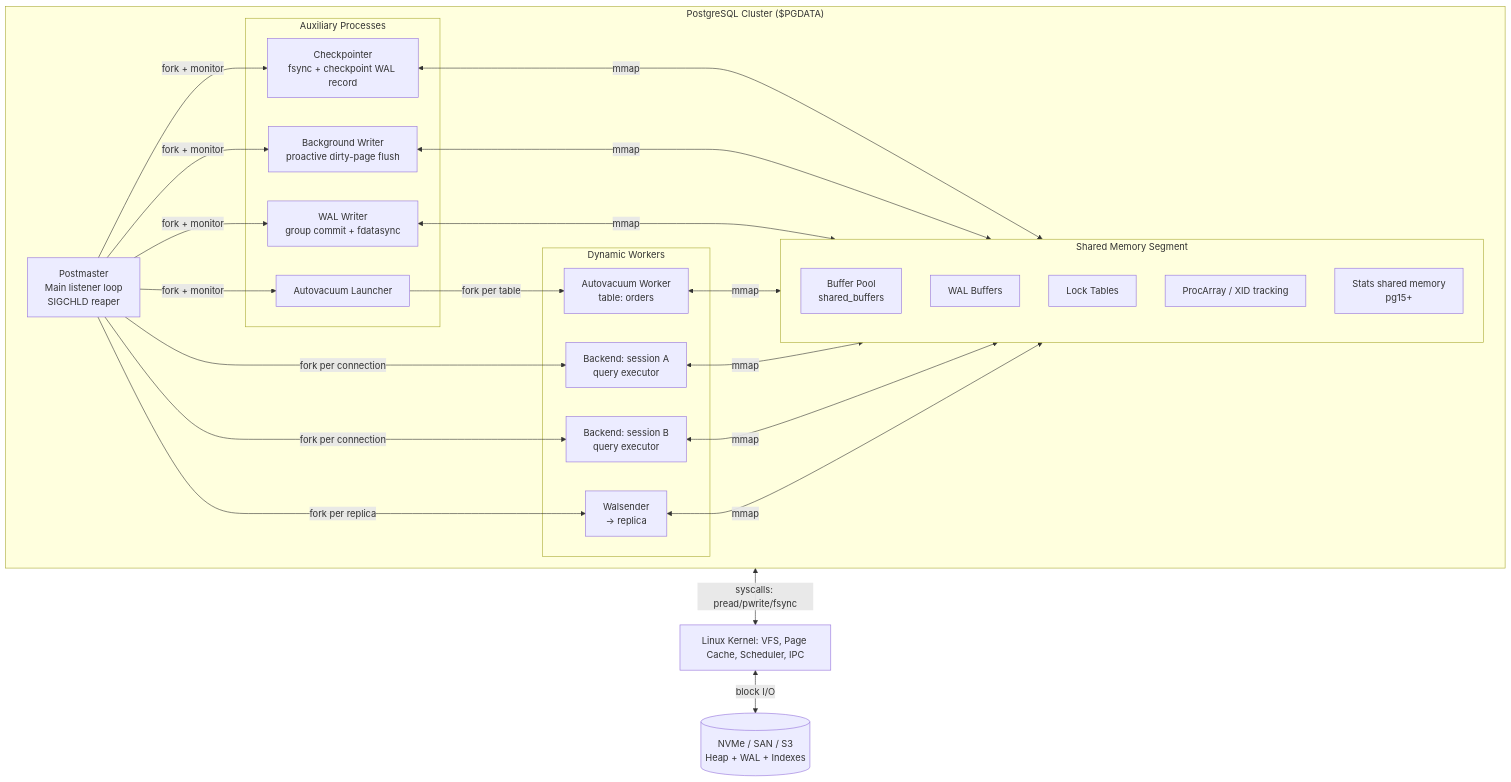
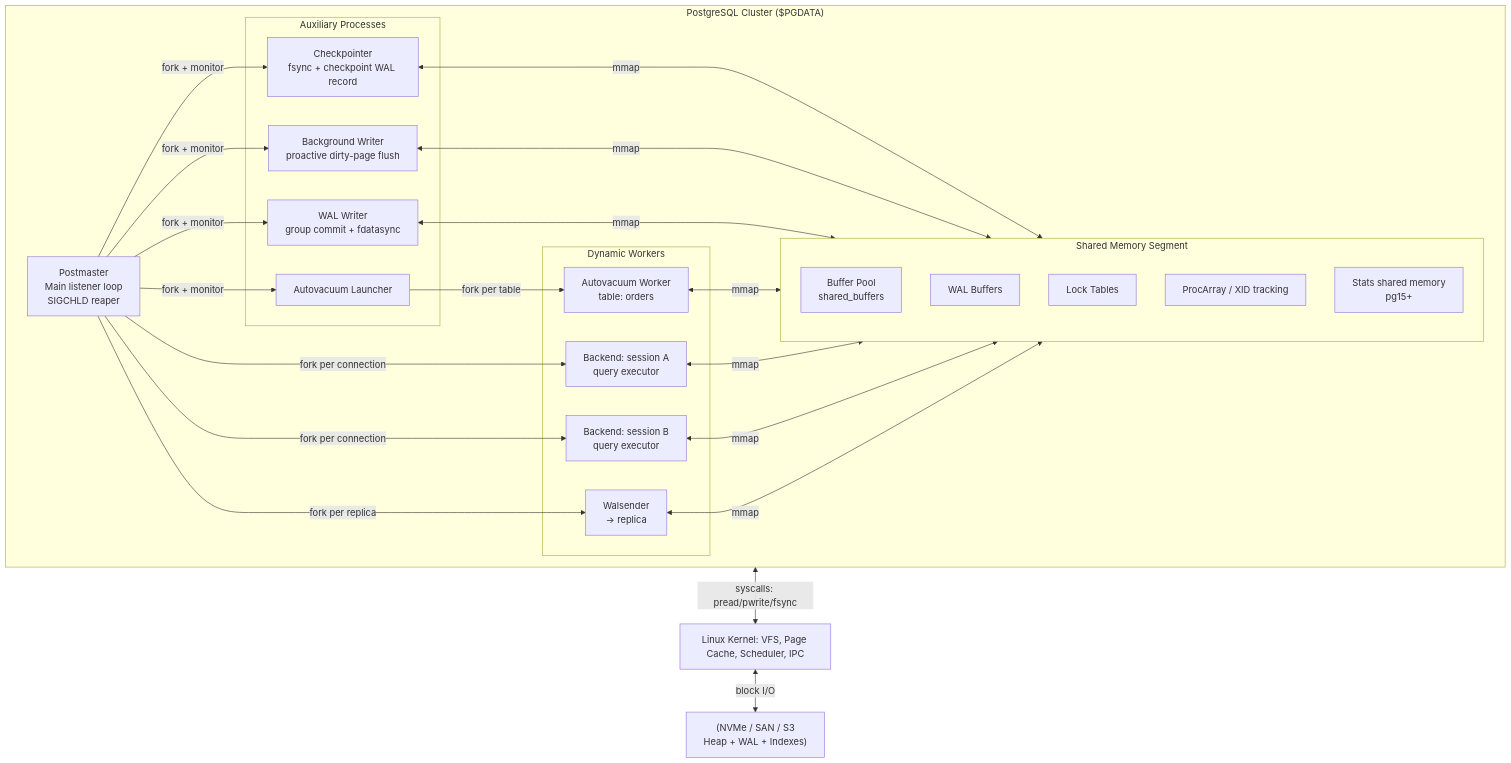
The ninth of 9 diagrams in topics/computing/data/postgresql/lesson_02_architecture_and_process_model.md (blebleblee/synapse), drawn with Mermaid before and after one commit. The commit also changed other lines of this file and 116 other files, not shown here.

````diff
--- a/topics/computing/data/postgresql/lesson_02_architecture_and_process_model.md
+++ b/topics/computing/data/postgresql/lesson_02_architecture_and_process_model.md
@@ -356,50 +356,50 @@
 ```mermaid
 graph TD
     OS[Linux Kernel: VFS, Page Cache, Scheduler, IPC]
 
     subgraph Cluster["PostgreSQL Cluster ($PGDATA)"]
         PM[Postmaster\nMain listener loop\nSIGCHLD reaper]
 
         subgraph SHM["Shared Memory Segment"]
             BP[Buffer Pool\nshared_buffers]
             WB2[WAL Buffers]
             LT[Lock Tables]
-            PA[ProcArray / XID tracking]
-            ST[Stats shared memory\npg15+]
+            PA["ProcArray / XID tracking"]
+            ST["Stats shared memory\npg15+"]
         end
 
         subgraph AuxProc["Auxiliary Processes"]
-            CP2[Checkpointer\nfsync + checkpoint WAL record]
+            CP2["Checkpointer\nfsync + checkpoint WAL record"]
             BGW2[Background Writer\nproactive dirty-page flush]
-            WW2[WAL Writer\ngroup commit + fdatasync]
+            WW2["WAL Writer\ngroup commit + fdatasync"]
             AVL[Autovacuum Launcher]
         end
 
         subgraph Workers["Dynamic Workers"]
             BE1[Backend: session A\nquery executor]
             BE2[Backend: session B\nquery executor]
             AV1[Autovacuum Worker\ntable: orders]
             WS[Walsender\n→ replica]
         end
 
-        PM -->|fork + monitor| CP2
-        PM -->|fork + monitor| BGW2
-        PM -->|fork + monitor| WW2
-        PM -->|fork + monitor| AVL
-        PM -->|fork per connection| BE1
-        PM -->|fork per connection| BE2
-        AVL -->|fork per table| AV1
-        PM -->|fork per replica| WS
+        PM -->|"fork + monitor"| CP2
+        PM -->|"fork + monitor"| BGW2
+        PM -->|"fork + monitor"| WW2
+        PM -->|"fork + monitor"| AVL
+        PM -->|"fork per connection"| BE1
+        PM -->|"fork per connection"| BE2
+        AVL -->|"fork per table"| AV1
+        PM -->|"fork per replica"| WS
 
         BE1 <-->|mmap| SHM
         BE2 <-->|mmap| SHM
         CP2 <-->|mmap| SHM
         BGW2 <-->|mmap| SHM
         WW2 <-->|mmap| SHM
         AV1 <-->|mmap| SHM
         WS <-->|mmap| SHM
     end
 
-    Cluster <-->|syscalls: pread/pwrite/fsync| OS
-    OS <-->|block I/O| Storage[(NVMe / SAN / S3\nHeap + WAL + Indexes)]
+    Cluster <-->|"syscalls: pread/pwrite/fsync"| OS
+    OS <-->|"block I/O"| Storage["(NVMe / SAN / S3\nHeap + WAL + Indexes)"]
 ```
````
